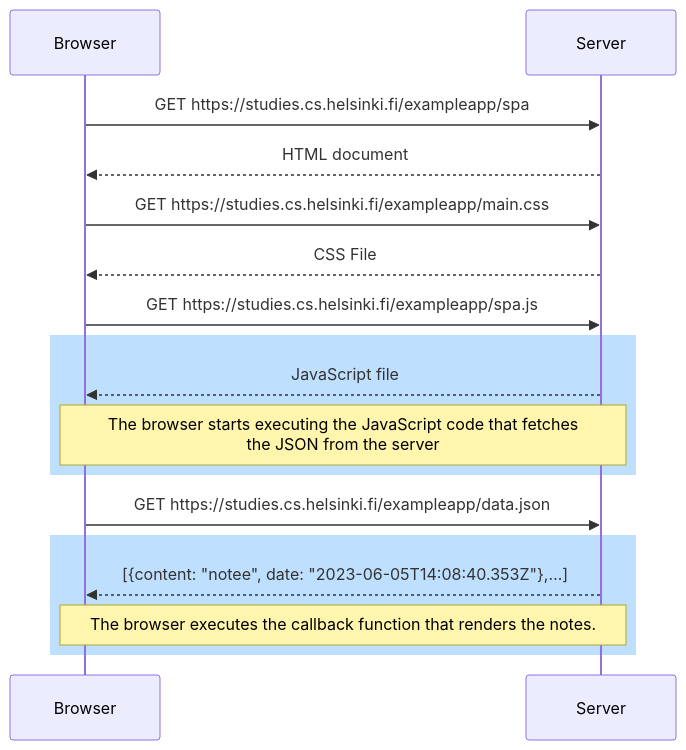
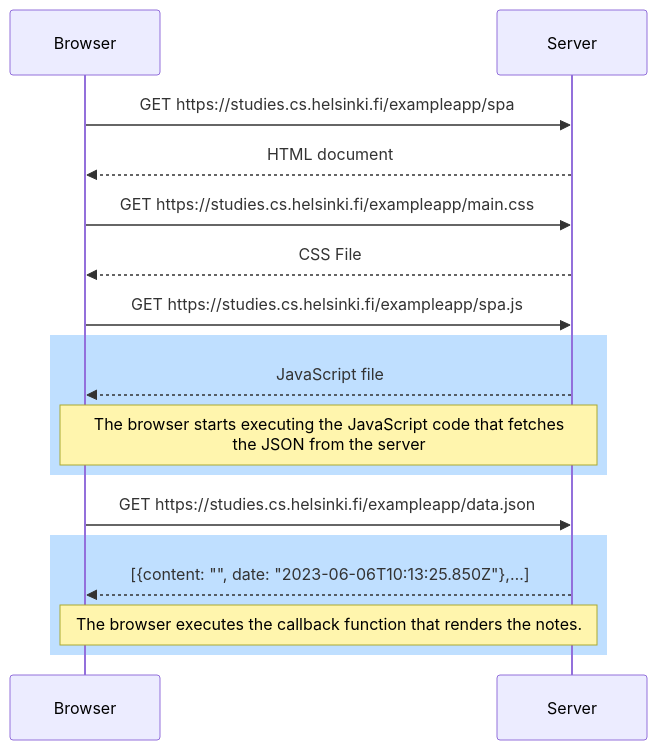
The second of 3 diagrams in README.md (bgocap/0.4-New-note-diagram), drawn with Mermaid before and after one commit. The commit also changed other lines of this file, not shown here.

````diff
--- a/README.md
+++ b/README.md
@@ -43,17 +43,17 @@
 ```mermaid
 sequenceDiagram
     Browser->>Server: GET https://studies.cs.helsinki.fi/exampleapp/spa
     Server-->>Browser: HTML document
     Browser->>Server: GET https://studies.cs.helsinki.fi/exampleapp/main.css
     Server-->>Browser:CSS File
     Browser->>Server:GET https://studies.cs.helsinki.fi/exampleapp/spa.js
     rect rgb(191, 223, 255)
         Server-->>Browser:JavaScript file
         Note over Browser,Server: The browser starts executing the JavaScript code that fetches <br/>the JSON from the server
     end
     Browser->>Server:GET https://studies.cs.helsinki.fi/exampleapp/data.json
     rect rgb(191, 223, 255)
-        Server-->>Browser:[{content: "notee", date: "2023-06-05T14:08:40.353Z"},…]
+        Server-->>Browser:[{content: "", date: "2023-06-06T10:13:25.850Z"},…]
         Note over Browser,Server: The browser executes the callback function that renders the notes.
     end
 ```
````
